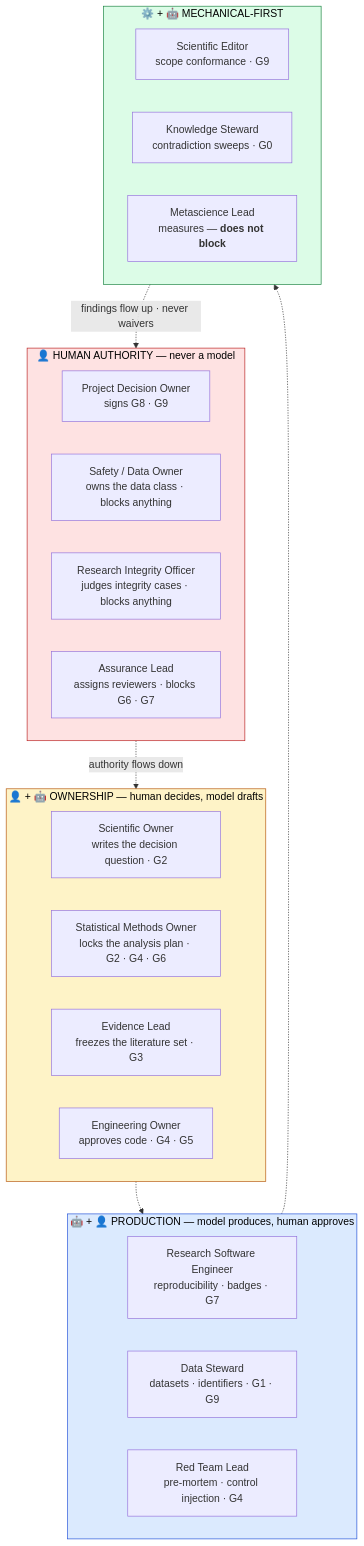
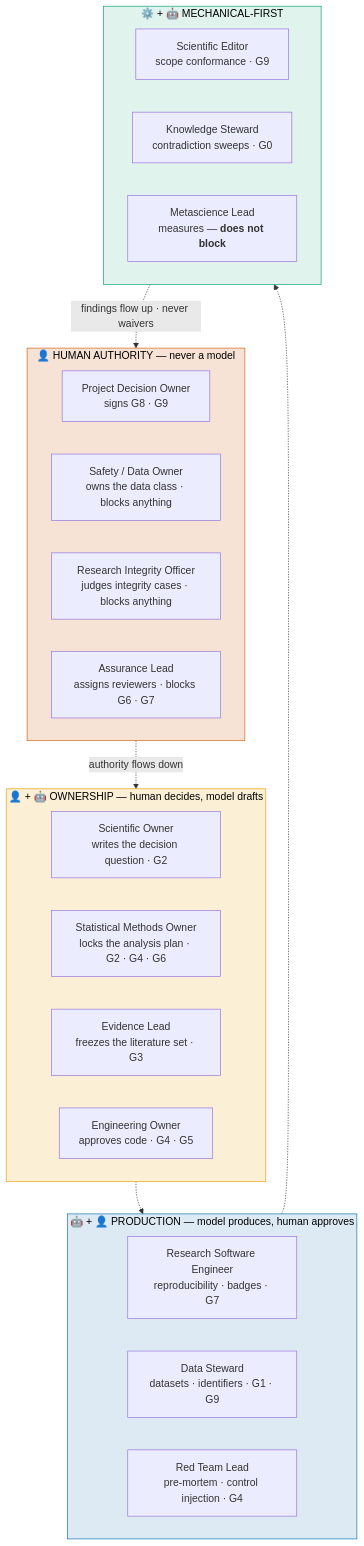
The tenth of 16 diagrams in README.md (furkanhanilci/AETHRION), drawn with Mermaid before and after one commit. The commit also changed other lines of this file and 32 other files, not shown here.

````diff
--- a/README.md
+++ b/README.md
@@ -372,32 +425,32 @@
 ```mermaid
 flowchart TD
     subgraph AUTH["👤 HUMAN AUTHORITY — never a model"]
         A1["Project Decision Owner<br/>signs G8 · G9"]
         A2["Safety / Data Owner<br/>owns the data class · blocks anything"]
         A3["Research Integrity Officer<br/>judges integrity cases · blocks anything"]
         A4["Assurance Lead<br/>assigns reviewers · blocks G6 · G7"]
     end
     subgraph OWN["👤 + 🤖 OWNERSHIP — human decides, model drafts"]
         B1["Scientific Owner<br/>writes the decision question · G2"]
         B2["Statistical Methods Owner<br/>locks the analysis plan · G2 · G4 · G6"]
         B3["Evidence Lead<br/>freezes the literature set · G3"]
         B4["Engineering Owner<br/>approves code · G4 · G5"]
     end
     subgraph PROD["🤖 + 👤 PRODUCTION — model produces, human approves"]
         C1["Research Software Engineer<br/>reproducibility · badges · G7"]
         C2["Data Steward<br/>datasets · identifiers · G1 · G9"]
         C3["Red Team Lead<br/>pre-mortem · control injection · G4"]
     end
     subgraph MECH["⚙️ + 🤖 MECHANICAL-FIRST"]
         D1["Scientific Editor<br/>scope conformance · G9"]
         D2["Knowledge Steward<br/>contradiction sweeps · G0"]
         D3["Metascience Lead<br/>measures — <b>does not block</b>"]
     end
     AUTH -.->|"authority flows down"| OWN -.-> PROD -.-> MECH
     MECH -.->|"findings flow up · never waivers"| AUTH
 
-    style AUTH fill:#fee2e2,stroke:#b91c1c,color:#000
-    style OWN fill:#fef3c7,stroke:#b45309,color:#000
-    style PROD fill:#dbeafe,stroke:#1d4ed8,color:#000
-    style MECH fill:#dcfce7,stroke:#15803d,color:#000
+    style AUTH fill:#F7E2D6,stroke:#D55E00,color:#000
+    style OWN fill:#FBEFD6,stroke:#E69F00,color:#000
+    style PROD fill:#DDEAF4,stroke:#0072B2,color:#000
+    style MECH fill:#E0F3EC,stroke:#009E73,color:#000
 ```
````
